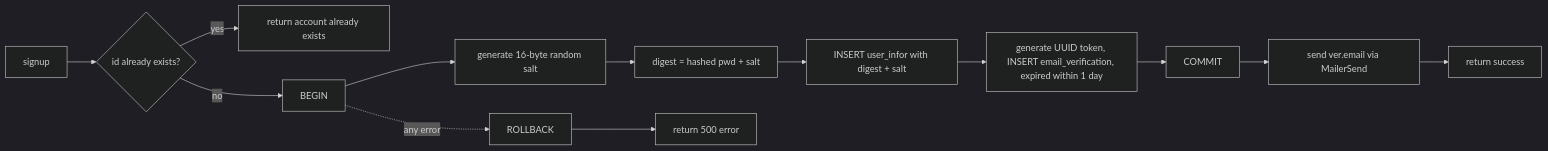
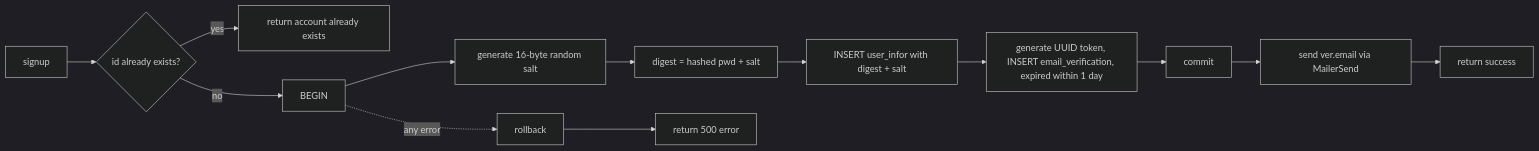
Before and after one commit to Azusalina/sba-proj: the third of 21 diagrams in descriptions/a.md, drawn with Mermaid (dark theme). The commit also changed other lines of this file, not shown here.

````diff
--- a/descriptions/a.md
+++ b/descriptions/a.md
@@ -118,15 +119,15 @@
 ```mermaid
 flowchart LR
     A[signup] --> B{id already exists?}
     B -- yes --> Z[return account already exists]
     B -- no --> C[BEGIN]
     C --> D[generate 16-byte random salt]
     D --> E[digest = hashed pwd + salt]
     E --> F[INSERT user_infor with digest + salt]
     F --> G[generate UUID token, INSERT email_verification, expired within 1 day]
-    G --> H[COMMIT]
+    G --> H[commit]
     H --> I[send ver.email via MailerSend]
     I --> J[return success]
-    C -. any error .-> K[ROLLBACK]
+    C -. any error .-> K[rollback]
     K --> L[return 500 error]
 ```
````
